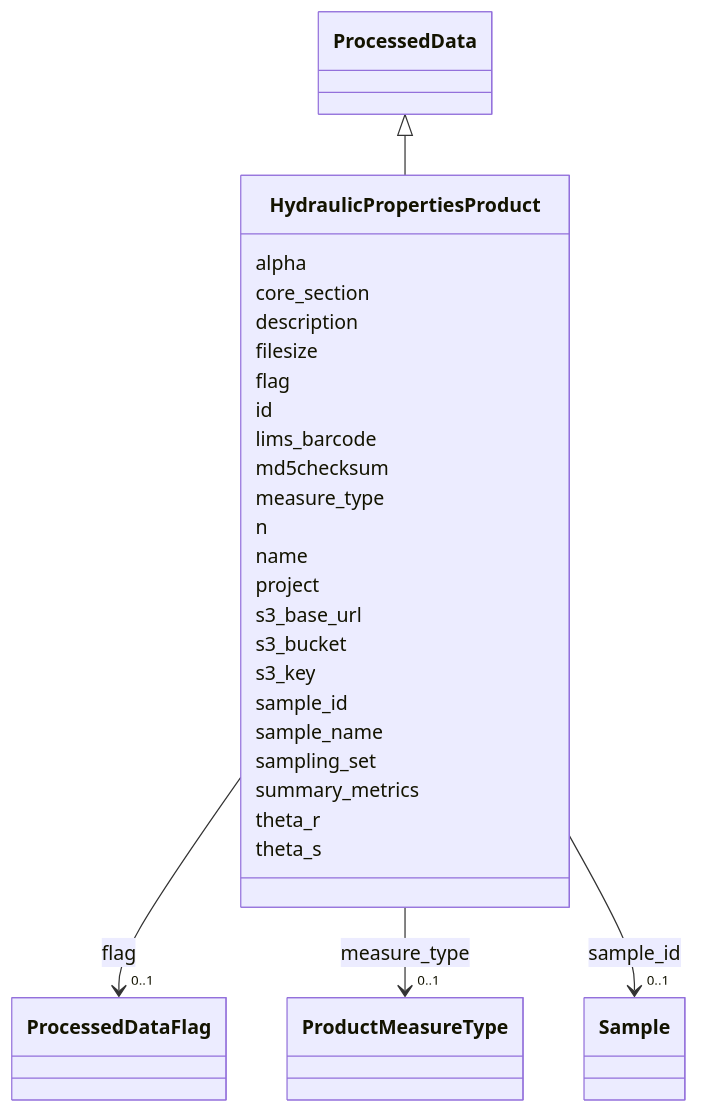
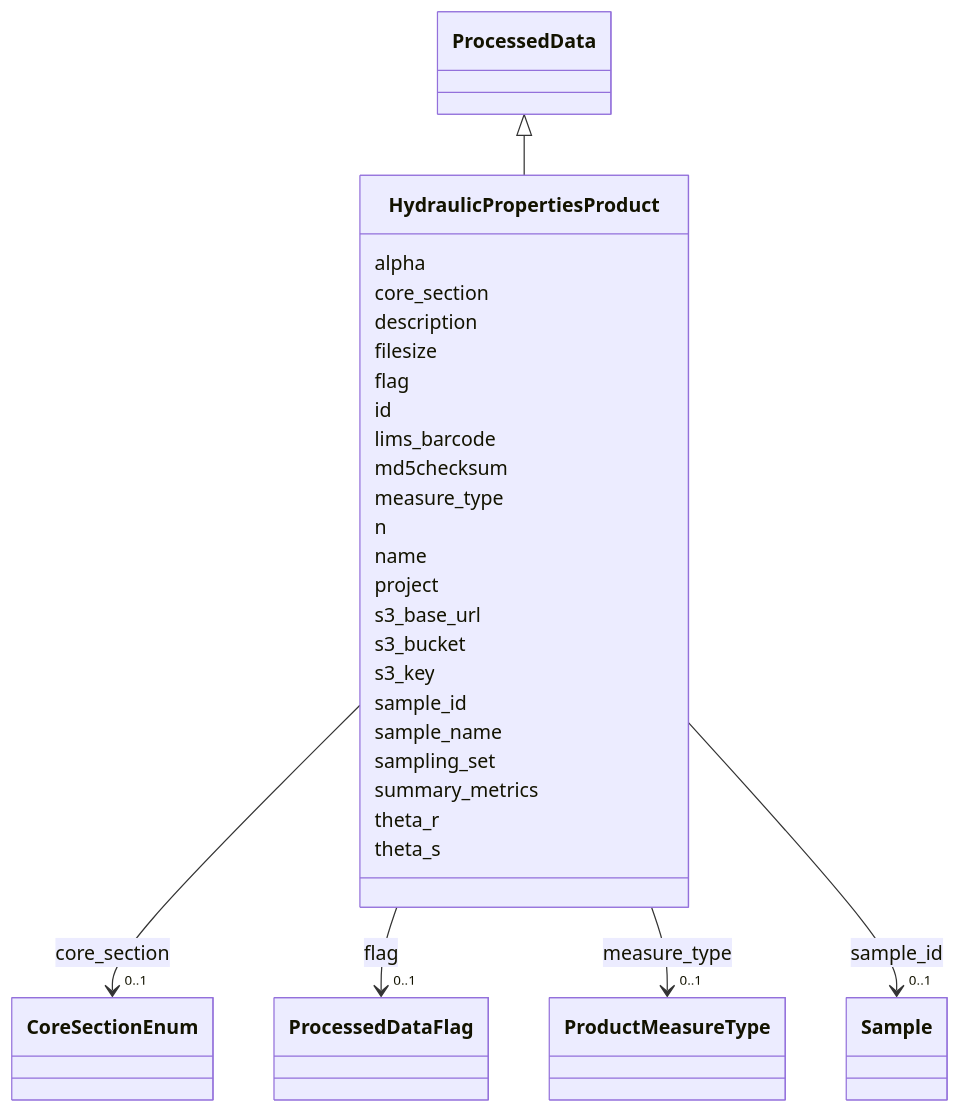
One commit to EMSL-Computing/BASALT-Schema changed the diagram in docs/elements/HydraulicPropertiesProduct.md. Above: the diagram before and after it, drawn with Mermaid. The commit also changed other lines of this file and 388 other files, not shown here.

```diff
--- a/docs/elements/HydraulicPropertiesProduct.md
+++ b/docs/elements/HydraulicPropertiesProduct.md
@@ -26,6 +26,16 @@
       HydraulicPropertiesProduct : alpha
         
       HydraulicPropertiesProduct : core_section
+        
+          
+    
+    
+    
+    
+    HydraulicPropertiesProduct --> "0..1" CoreSectionEnum : core_section
+    click CoreSectionEnum href "../CoreSectionEnum"
+    
+
         
       HydraulicPropertiesProduct : description
         
```
